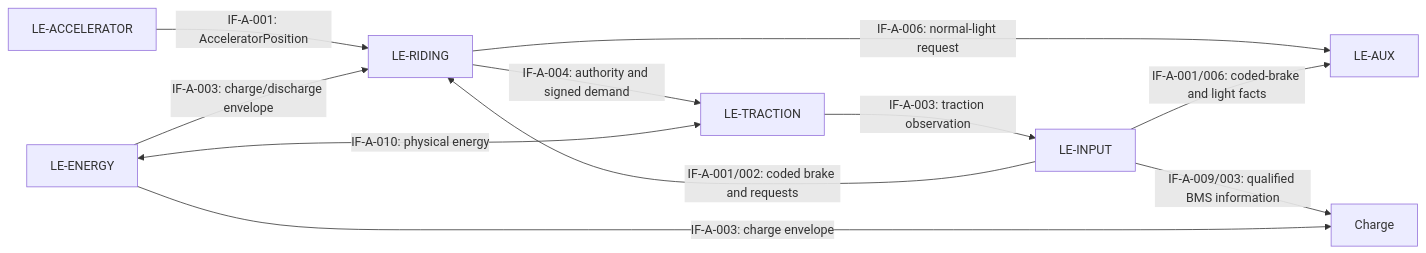
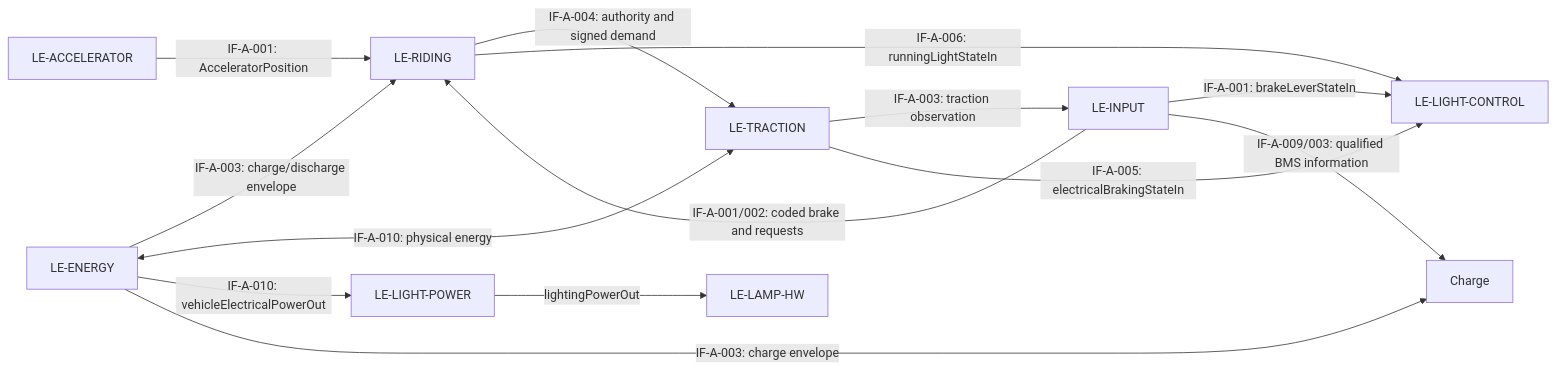
One commit to dhellhake/X2CityMCU changed the second of 2 diagrams in .devenv/Architecture/SystemArchitecture/ARCH-001_System_Architecture.md. Above: the diagram before and after it, drawn with Mermaid. The commit also changed other lines of this file and 49 other files, not shown here.

Commit message:
Refactored LightControl System-Design

````diff
--- a/.devenv/Architecture/SystemArchitecture/ARCH-001_System_Architecture.md
+++ b/.devenv/Architecture/SystemArchitecture/ARCH-001_System_Architecture.md
@@ -93,13 +96,16 @@
 ```mermaid
 flowchart LR
     Accelerator["LE-ACCELERATOR"] -->|"IF-A-001: AcceleratorPosition"| Riding["LE-RIDING"]
     Input["LE-INPUT"] -->|"IF-A-001/002: coded brake and requests"| Riding
     Riding -->|"IF-A-004: authority and signed demand"| Drive["LE-TRACTION"]
     Drive -->|"IF-A-003: traction observation"| Input
     Energy["LE-ENERGY"] -->|"IF-A-003: charge/discharge envelope"| Riding
     Energy <-->|"IF-A-010: physical energy"| Drive
-    Riding -->|"IF-A-006: normal-light request"| Aux["LE-AUX"]
-    Input -->|"IF-A-001/006: coded-brake and light facts"| Aux
+    Riding -->|"IF-A-006: runningLightStateIn"| LightControl["LE-LIGHT-CONTROL"]
+    Input -->|"IF-A-001: brakeLeverStateIn"| LightControl
+    Drive -->|"IF-A-005: electricalBrakingStateIn"| LightControl
+    Energy -->|"IF-A-010: vehicleElectricalPowerOut"| LightPower["LE-LIGHT-POWER"]
+    LightPower -->|"lightingPowerOut"| LightActuation["LE-LAMP-HW"]
     Input -->|"IF-A-009/003: qualified BMS information"| Charge
     Energy -->|"IF-A-003: charge envelope"| Charge
 ```
````
